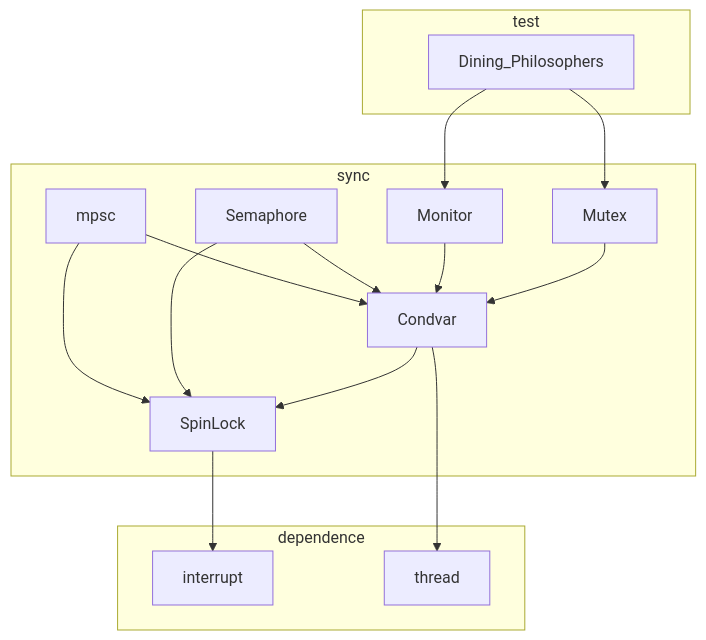
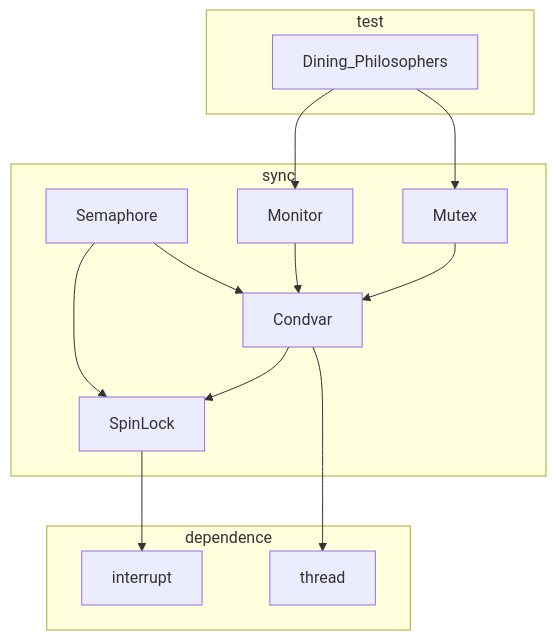
Before and after one commit to rcore-os/rCore_tutorial_doc: the diagram in chapter10/introduction.md, drawn with Mermaid. The commit also changed 1 other file, not shown here.

Commit message:
update chap10

````diff
--- a/chapter10/introduction.md
+++ b/chapter10/introduction.md
@@ -1,22 +1,20 @@
 ```mermaid
 graph TB
    subgraph dependence
        interrupt
        thread
    end
    subgraph sync
        SpinLock --> interrupt
        Condvar --> SpinLock
     Condvar --> thread
     Mutex --> Condvar
        Monitor --> Condvar
        Semaphore --> Condvar
        Semaphore --> SpinLock
-       mpsc --> SpinLock
-    mpsc --> Condvar
    end
    subgraph test
        Dining_Philosophers --> Mutex
        Dining_Philosophers --> Monitor
    end
 ```
````
